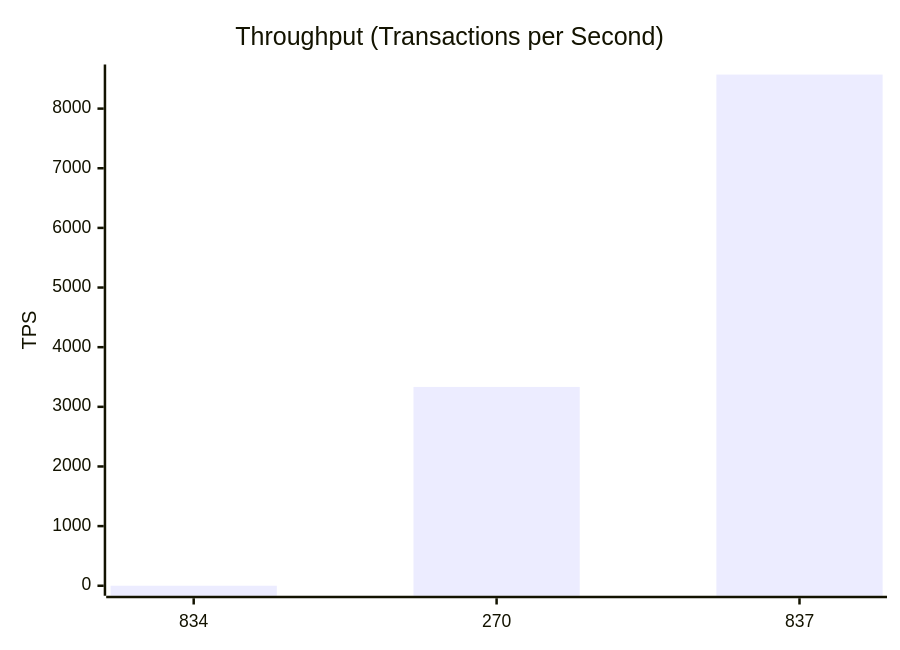
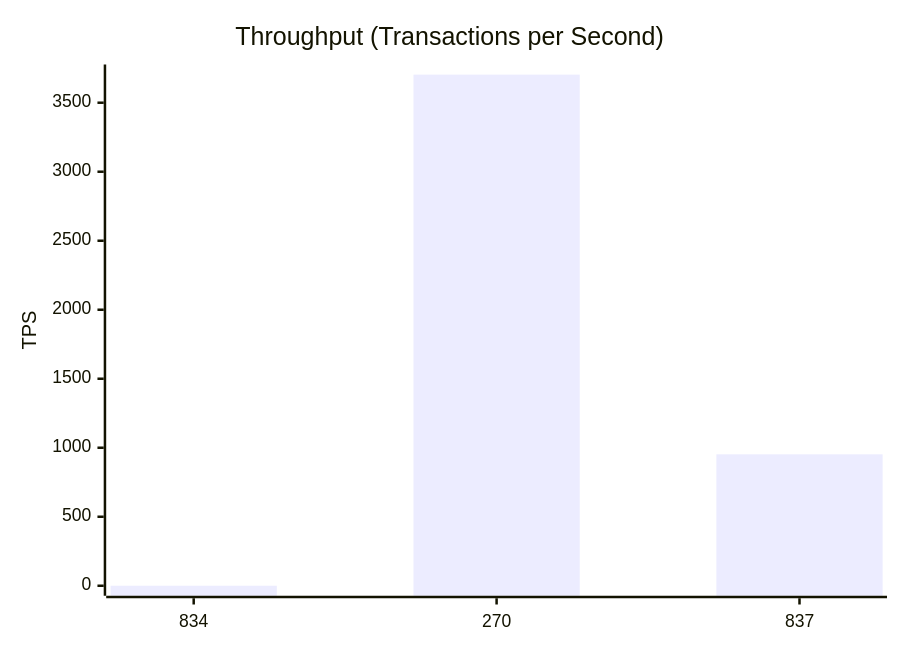
Before and after one commit to dhagan-va/intern-2025: the second of 10 diagrams in test-tools/DataGen/src/Statistics_Visualizer.md, drawn with Mermaid. The commit also changed other lines of this file and 1 other file, not shown here.

````diff
--- a/test-tools/DataGen/src/Statistics_Visualizer.md
+++ b/test-tools/DataGen/src/Statistics_Visualizer.md
@@ -28,7 +28,7 @@
 ```mermaid
 xychart-beta
     title "Throughput (Transactions per Second)"
     x-axis ["834", "270", "837"]
-    y-axis "TPS" 0 --> 8571.938803496943
-    bar [0.0, 3333.2222259258024, 8570.938803496943]
+    y-axis "TPS" 0 --> 3704.429375601807
+    bar [0.0, 3703.429375601807, 952.3900227621216]
 ```
````
